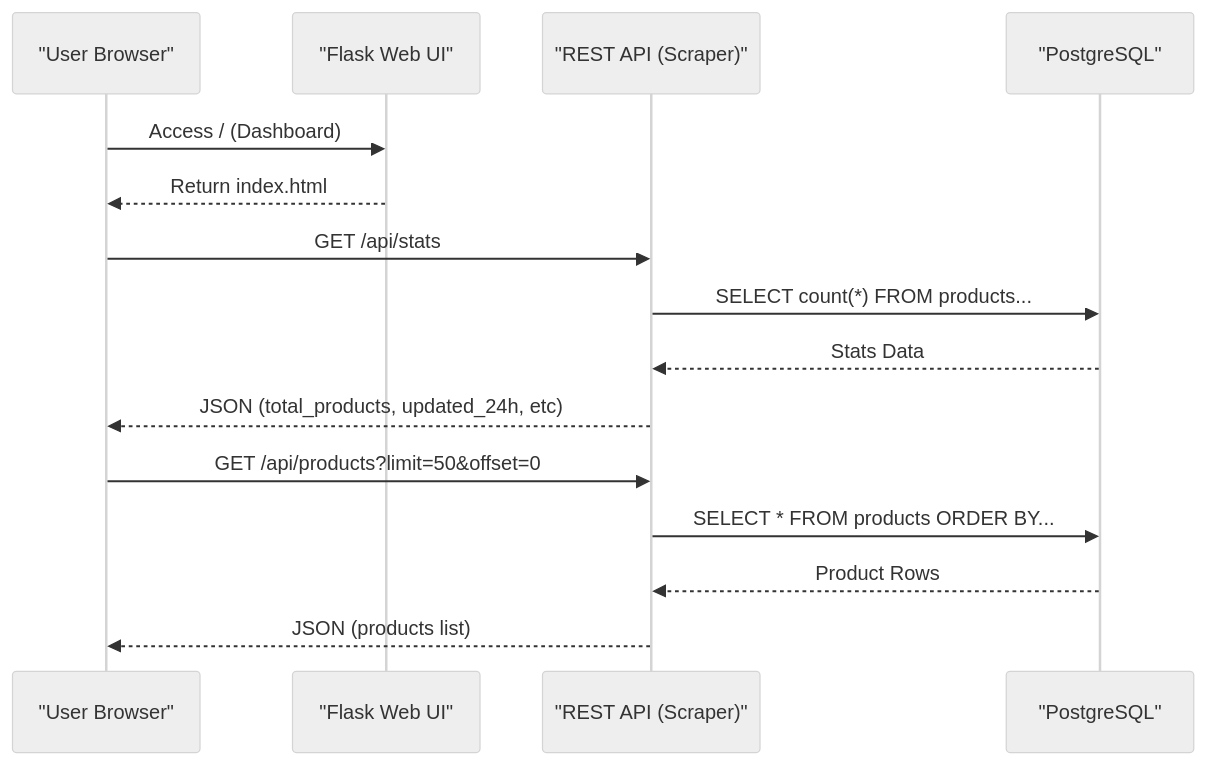
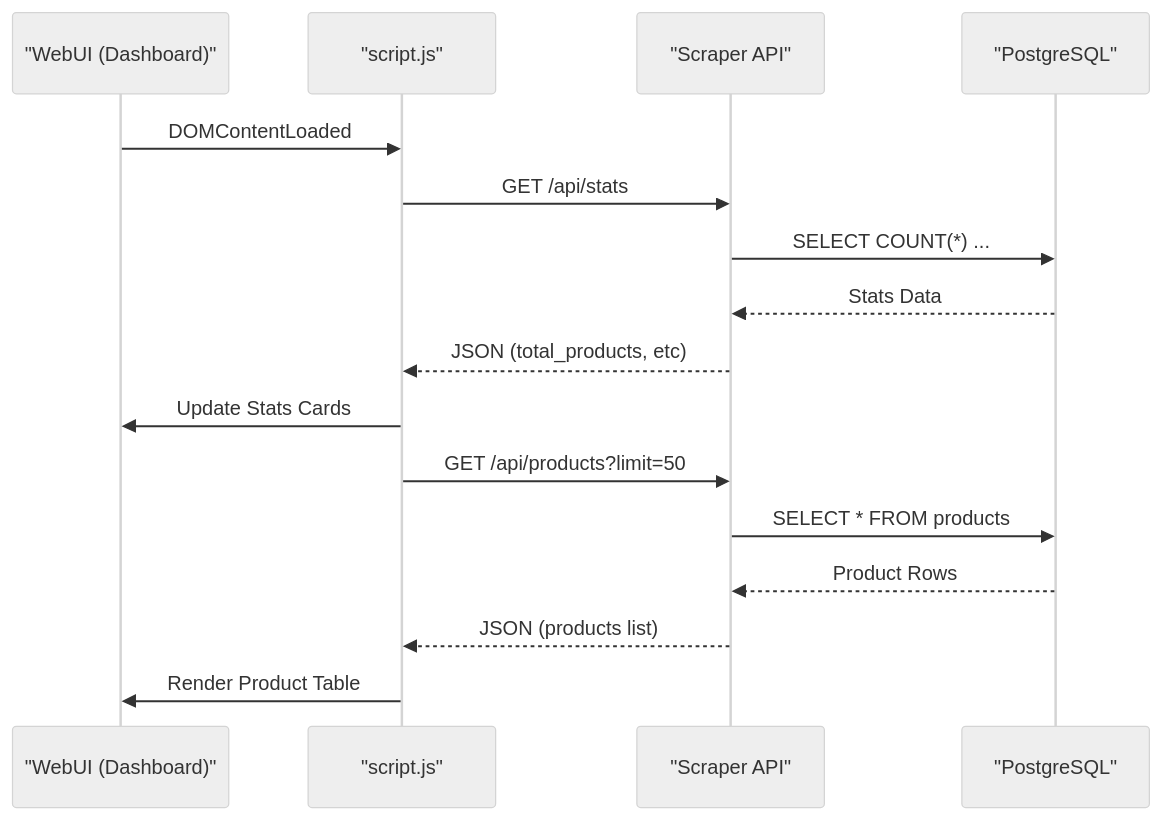
The first of 2 diagrams in .cubic/wiki/05-section-frontend/02-frontend-dashboard.md (Avkroken/Produkter), drawn with Mermaid (neutral theme) before and after one commit. The commit also changed other lines of this file and 46 other files, not shown here.

````diff
--- a/.cubic/wiki/05-section-frontend/02-frontend-dashboard.md
+++ b/.cubic/wiki/05-section-frontend/02-frontend-dashboard.md
@@ -35,18 +33,20 @@
 ```mermaid
 sequenceDiagram
-    participant User as "User Browser"
-    participant WebUI as "Flask Web UI"
-    participant API as "REST API (Scraper)"
+    participant UI as "WebUI (Dashboard)"
+    participant JS as "script.js"
+    participant API as "Scraper API"
     participant DB as "PostgreSQL"
-
-    User->>WebUI: Access / (Dashboard)
-    WebUI-->>User: Return index.html
-    User->>API: GET /api/stats
-    API->>DB: SELECT count(*) FROM products...
+    
+    UI->>JS: DOMContentLoaded
+    JS->>API: GET /api/stats
+    API->>DB: SELECT COUNT(*) ...
     DB-->>API: Stats Data
-    API-->>User: JSON (total_products, updated_24h, etc)
-    User->>API: GET /api/products?limit=50&offset=0
-    API->>DB: SELECT * FROM products ORDER BY...
+    API-->>JS: JSON (total_products, etc)
+    JS->>UI: Update Stats Cards
+    
+    JS->>API: GET /api/products?limit=50
+    API->>DB: SELECT * FROM products
     DB-->>API: Product Rows
-    API-->>User: JSON (products list)
+    API-->>JS: JSON (products list)
+    JS->>UI: Render Product Table
 ```
````
